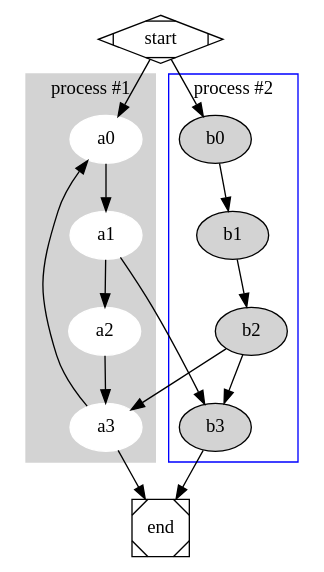
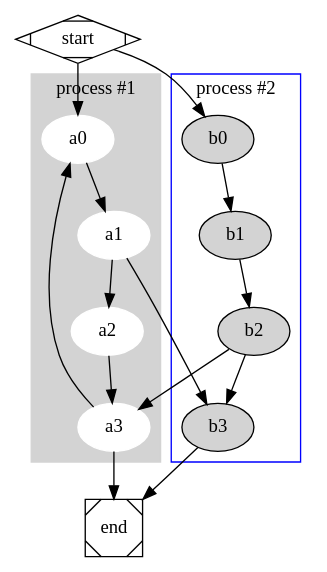
Before and after one commit to thecurz/DotToJsonCompiler: the diagram in input.dot, drawn with Graphviz. The commit also changed 3 other files, not shown here.

```diff
--- a/input.dot
+++ b/input.dot
@@ -1,27 +1,27 @@
 digraph G {
 
   subgraph cluster_0 {
     style=filled;
     color=lightgrey;
     node [style=filled,color=white];
     a0 -> a1 -> a2 -> a3;
     label = "process #1";
   }
 
   subgraph cluster_1 {
     node [style=filled];
     b0 -> b1 -> b2 -> b3;
     label = "process #2";
     color=blue
   }
-  start -> a0;
-  start -> b0;
-  a1 -> b3;
-  b2 -> a3;
-  a3 -> a0;
-  a3 -> end;
-  b3 -> end;
+  start -> a0 [weight=7];
+  start -> b0 [weight=3];
+  a1 -> b3 [weight=9];
+  b2 -> a3 [weight=6];
+  a3 -> a0 [weight=8];
+  a3 -> end [weight=5];
+  b3 -> end [weight=4];
 
   start [shape=Mdiamond];
   end [shape=Msquare];
 }
```
